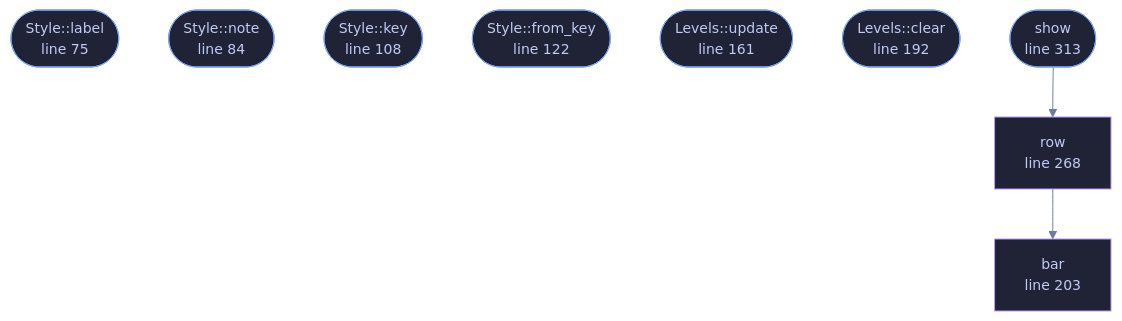
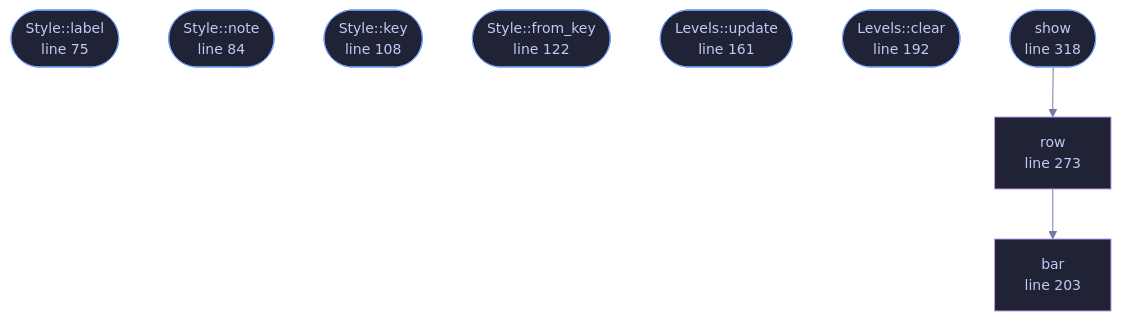
The diagram in docs/files/veilvoice-gui/monitor.md (tilas01/veilvoice), drawn with Mermaid before and after one commit. The commit also changed other lines of this file and 131 other files, not shown here.

````diff
--- a/docs/files/veilvoice-gui/monitor.md
+++ b/docs/files/veilvoice-gui/monitor.md
@@ -120,28 +120,28 @@
 ```mermaid
 %%{init: {"theme":"base","themeVariables":{"background":"#1a1b26","primaryColor":"#1f2335","primaryTextColor":"#c0caf5","primaryBorderColor":"#7aa2f7","secondaryColor":"#16161e","tertiaryColor":"#16161e","lineColor":"#737aa2","textColor":"#c0caf5","mainBkg":"#1f2335","nodeBorder":"#7aa2f7","clusterBkg":"#16161e","clusterBorder":"#2f3549","fontFamily":"ui-monospace, SFMono-Regular, Consolas, monospace","fontSize":"14px"}}}%%
 flowchart TD
     n_label(["Style::label<br/>line 75"])
     n_note(["Style::note<br/>line 84"])
     n_key(["Style::key<br/>line 108"])
     n_from_key(["Style::from_key<br/>line 122"])
     n_update(["Levels::update<br/>line 161"])
     n_clear(["Levels::clear<br/>line 192"])
     n_bar["bar<br/>line 203"]
-    n_row["row<br/>line 268"]
-    n_show(["show<br/>line 313"])
+    n_row["row<br/>line 273"]
+    n_show(["show<br/>line 318"])
     n_row --> n_bar
     n_show --> n_row
     click n_label href "https://github.com/tilas01/veilvoice/blob/main/crates/veilvoice-gui/src/monitor.rs#L75" "open the source"
     click n_note href "https://github.com/tilas01/veilvoice/blob/main/crates/veilvoice-gui/src/monitor.rs#L84" "open the source"
     click n_key href "https://github.com/tilas01/veilvoice/blob/main/crates/veilvoice-gui/src/monitor.rs#L108" "open the source"
     click n_from_key href "https://github.com/tilas01/veilvoice/blob/main/crates/veilvoice-gui/src/monitor.rs#L122" "open the source"
     click n_update href "https://github.com/tilas01/veilvoice/blob/main/crates/veilvoice-gui/src/monitor.rs#L161" "open the source"
     click n_clear href "https://github.com/tilas01/veilvoice/blob/main/crates/veilvoice-gui/src/monitor.rs#L192" "open the source"
     click n_bar href "https://github.com/tilas01/veilvoice/blob/main/crates/veilvoice-gui/src/monitor.rs#L203" "open the source"
-    click n_row href "https://github.com/tilas01/veilvoice/blob/main/crates/veilvoice-gui/src/monitor.rs#L268" "open the source"
-    click n_show href "https://github.com/tilas01/veilvoice/blob/main/crates/veilvoice-gui/src/monitor.rs#L313" "open the source"
+    click n_row href "https://github.com/tilas01/veilvoice/blob/main/crates/veilvoice-gui/src/monitor.rs#L273" "open the source"
+    click n_show href "https://github.com/tilas01/veilvoice/blob/main/crates/veilvoice-gui/src/monitor.rs#L318" "open the source"
     classDef entry fill:#1f2335,stroke:#7aa2f7,color:#c0caf5
     class n_label,n_note,n_key,n_from_key,n_update,n_clear,n_show entry
     classDef helper fill:#1f2335,stroke:#bb9af7,color:#c0caf5
     class n_bar,n_row helper
 ```
````
